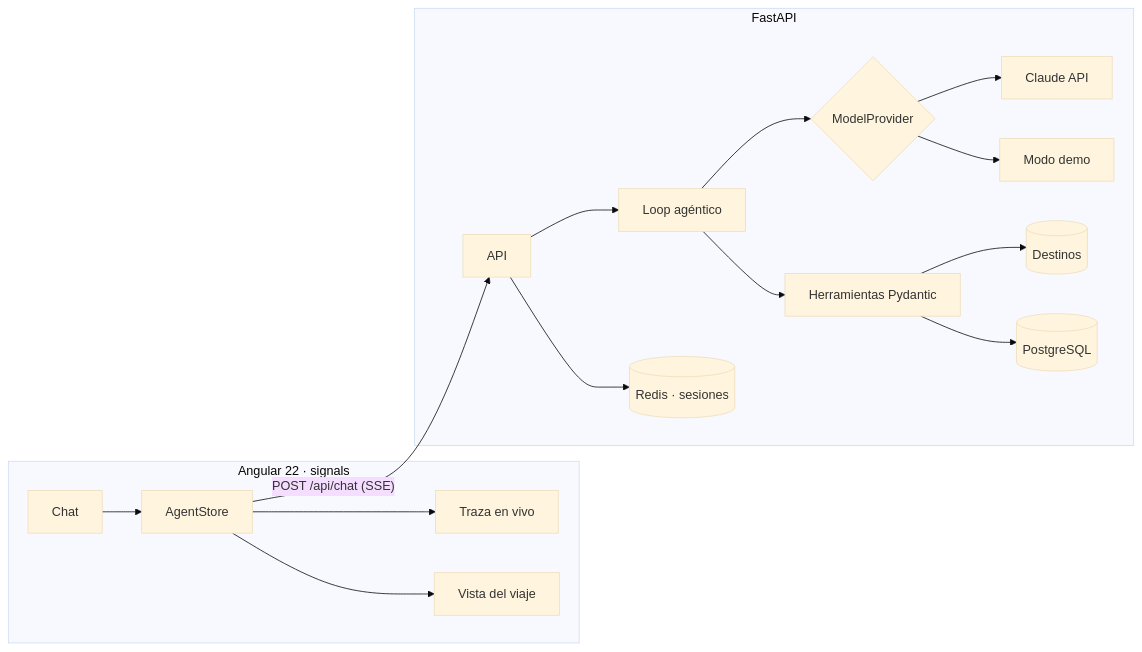
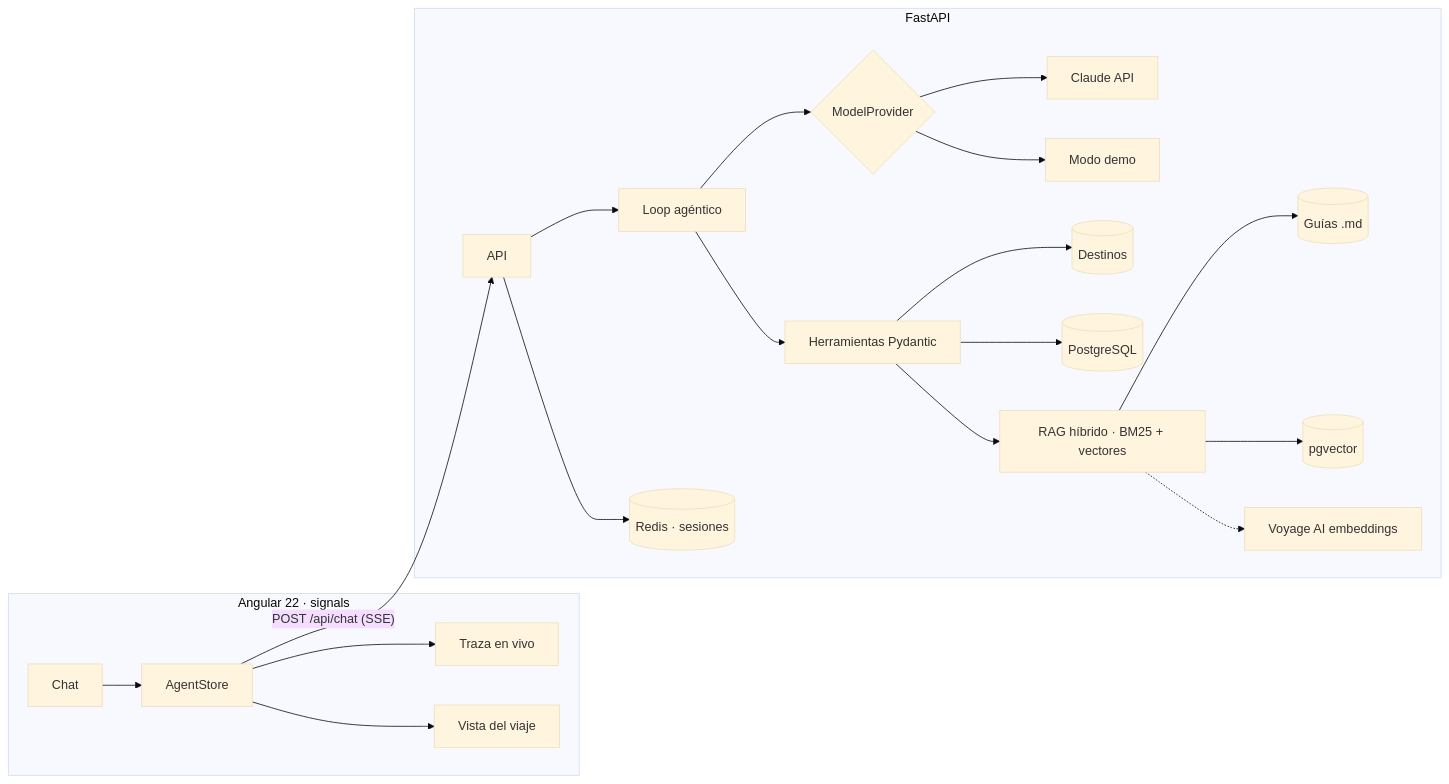
Before and after one commit to Binteak/rumbo-ai: the first of 3 diagrams in README.md, drawn with Mermaid (base theme). The commit also changed other lines of this file, not shown here.

First line of the commit message:
README: arquitectura, decisiones y métricas del RAG

````diff
--- a/README.md
+++ b/README.md
@@ -23,19 +24,23 @@
 ```mermaid
 flowchart LR
   subgraph Frontend [Angular 22 · signals]
     Chat[Chat] --> Store[AgentStore]
     Store --> Trace[Traza en vivo]
     Store --> Trip[Vista del viaje]
   end
   Store -- "POST /api/chat (SSE)" --> API
   subgraph Backend [FastAPI]
     API[API] --> Loop[Loop agéntico]
     Loop --> Provider{ModelProvider}
     Provider --> Claude[Claude API]
     Provider --> Demo[Modo demo]
     Loop --> Tools[Herramientas Pydantic]
     Tools --> Data[(Destinos)]
     Tools --> DB[(PostgreSQL)]
+    Tools --> RAG[RAG híbrido · BM25 + vectores]
+    RAG --> Guides[(Guías .md)]
+    RAG --> PGV[(pgvector)]
+    RAG -.-> Voyage[Voyage AI embeddings]
     API --> Redis[(Redis · sesiones)]
   end
 ```
````
